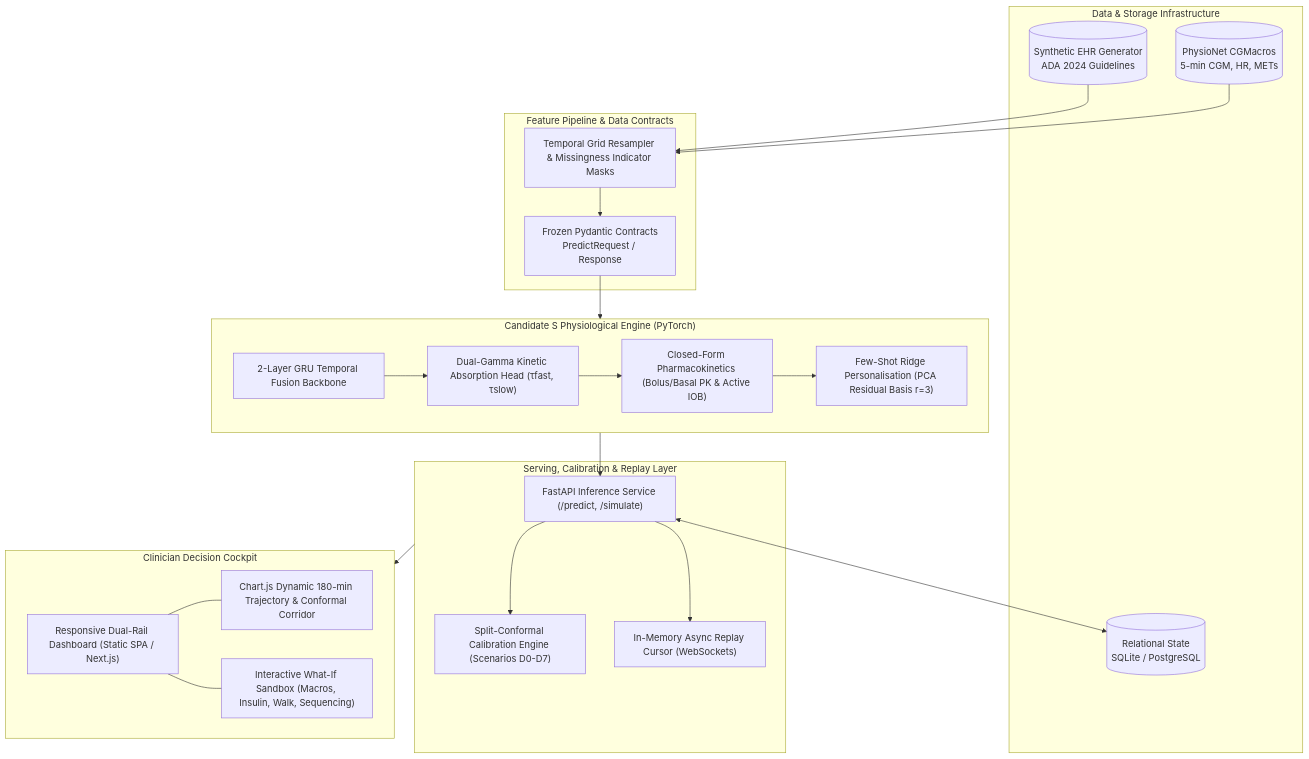
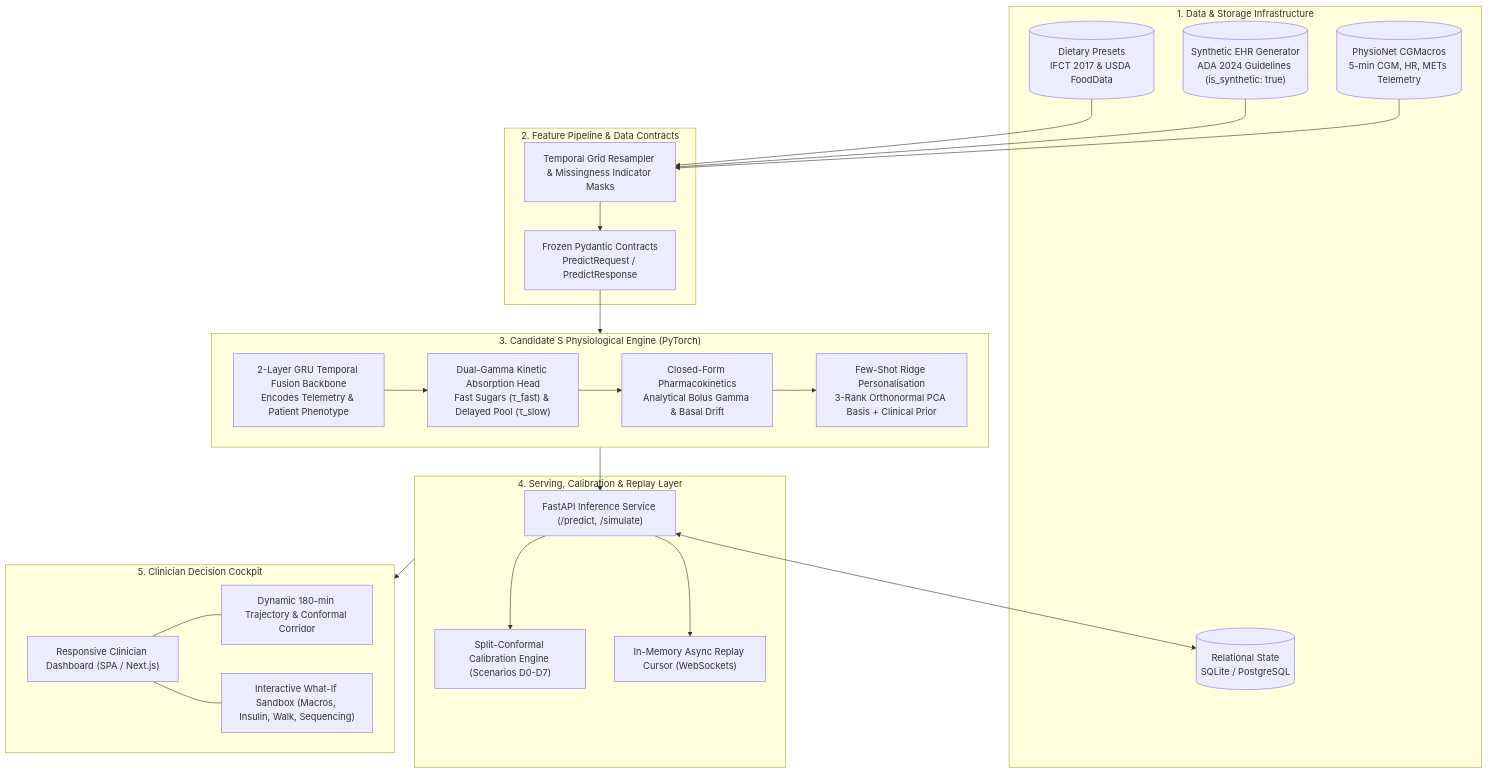
The third of 5 diagrams in README.md (Saumojit30/Aegis), drawn with Mermaid before and after one commit. The commit also changed other lines of this file and 2 other files, not shown here.

````diff
--- a/README.md
+++ b/README.md
@@ -78,47 +148,49 @@
 ```mermaid
 flowchart TD
-    subgraph DataStorage["Data & Storage Infrastructure"]
-        CGM[("PhysioNet CGMacros<br/>5-min CGM, HR, METs")]
-        EHR[("Synthetic EHR Generator<br/>ADA 2024 Guidelines")]
+    subgraph DataStorage["1. Data &amp; Storage Infrastructure"]
+        CGM[("PhysioNet CGMacros<br/>5-min CGM, HR, METs Telemetry")]
+        EHR[("Synthetic EHR Generator<br/>ADA 2024 Guidelines (is_synthetic: true)")]
+        PRESET[("Dietary Presets<br/>IFCT 2017 &amp; USDA FoodData")]
         DB[("Relational State<br/>SQLite / PostgreSQL")]
     end
 
-    subgraph FeaturePipeline["Feature Pipeline &amp; Data Contracts"]
+    subgraph FeaturePipeline["2. Feature Pipeline &amp; Data Contracts"]
         CLEAN["Temporal Grid Resampler &amp; Missingness Indicator Masks"]
-        CONTRACT["Frozen Pydantic Contracts<br/>PredictRequest / Response"]
+        CONTRACT["Frozen Pydantic Contracts<br/>PredictRequest / PredictResponse"]
         CGM --> CLEAN
         EHR --> CLEAN
+        PRESET --> CLEAN
         CLEAN --> CONTRACT
     end
 
-    subgraph PhysiologicalEngine["Candidate S Physiological Engine (PyTorch)"]
-        GRU["2-Layer GRU Temporal Fusion Backbone"]
-        HEAD["Dual-Gamma Kinetic Absorption Head (&tau;fast, &tau;slow)"]
-        PK["Closed-Form Pharmacokinetics (Bolus/Basal PK &amp; Active IOB)"]
-        ADAPT["Few-Shot Ridge Personalisation (PCA Residual Basis r=3)"]
+    subgraph PhysiologicalEngine["3. Candidate S Physiological Engine (PyTorch)"]
+        GRU["2-Layer GRU Temporal Fusion Backbone<br/>Encodes Telemetry &amp; Patient Phenotype"]
+        HEAD["Dual-Gamma Kinetic Absorption Head<br/>Fast Sugars (&tau;_fast) &amp; Delayed Pool (&tau;_slow)"]
+        PK["Closed-Form Pharmacokinetics<br/>Analytical Bolus Gamma &amp; Basal Drift"]
+        ADAPT["Few-Shot Ridge Personalisation<br/>3-Rank Orthonormal PCA Basis + Clinical Prior"]
         GRU --> HEAD
         HEAD --> PK
         PK --> ADAPT
     end
 
-    subgraph ServingLayer["Serving, Calibration &amp; Replay Layer"]
+    subgraph ServingLayer["4. Serving, Calibration &amp; Replay Layer"]
         API["FastAPI Inference Service (/predict, /simulate)"]
         CONF["Split-Conformal Calibration Engine (Scenarios D0-D7)"]
         WS["In-Memory Async Replay Cursor (WebSockets)"]
         API <--> DB
         API --> CONF
         API --> WS
     end
 
-    subgraph PresentationLayer["Clinician Decision Cockpit"]
-        DASH["Responsive Dual-Rail Dashboard (Static SPA / Next.js)"]
-        CHART["Chart.js Dynamic 180-min Trajectory &amp; Conformal Corridor"]
+    subgraph PresentationLayer["5. Clinician Decision Cockpit"]
+        DASH["Responsive Clinician Dashboard (SPA / Next.js)"]
+        CHART["Dynamic 180-min Trajectory &amp; Conformal Corridor"]
         SANDBOX["Interactive What-If Sandbox (Macros, Insulin, Walk, Sequencing)"]
         DASH --- CHART
         DASH --- SANDBOX
     end
 
     CONTRACT --> PhysiologicalEngine
     PhysiologicalEngine --> API
     ServingLayer --> PresentationLayer
 ```
````
